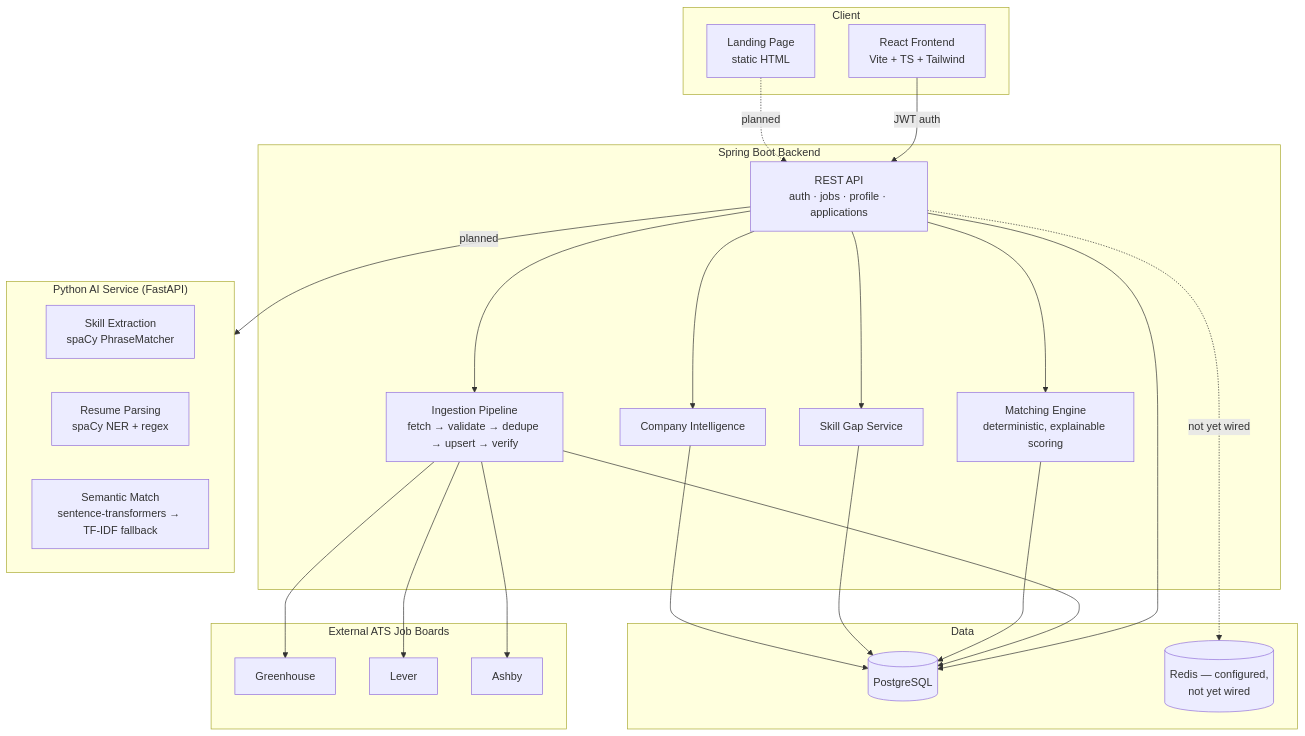
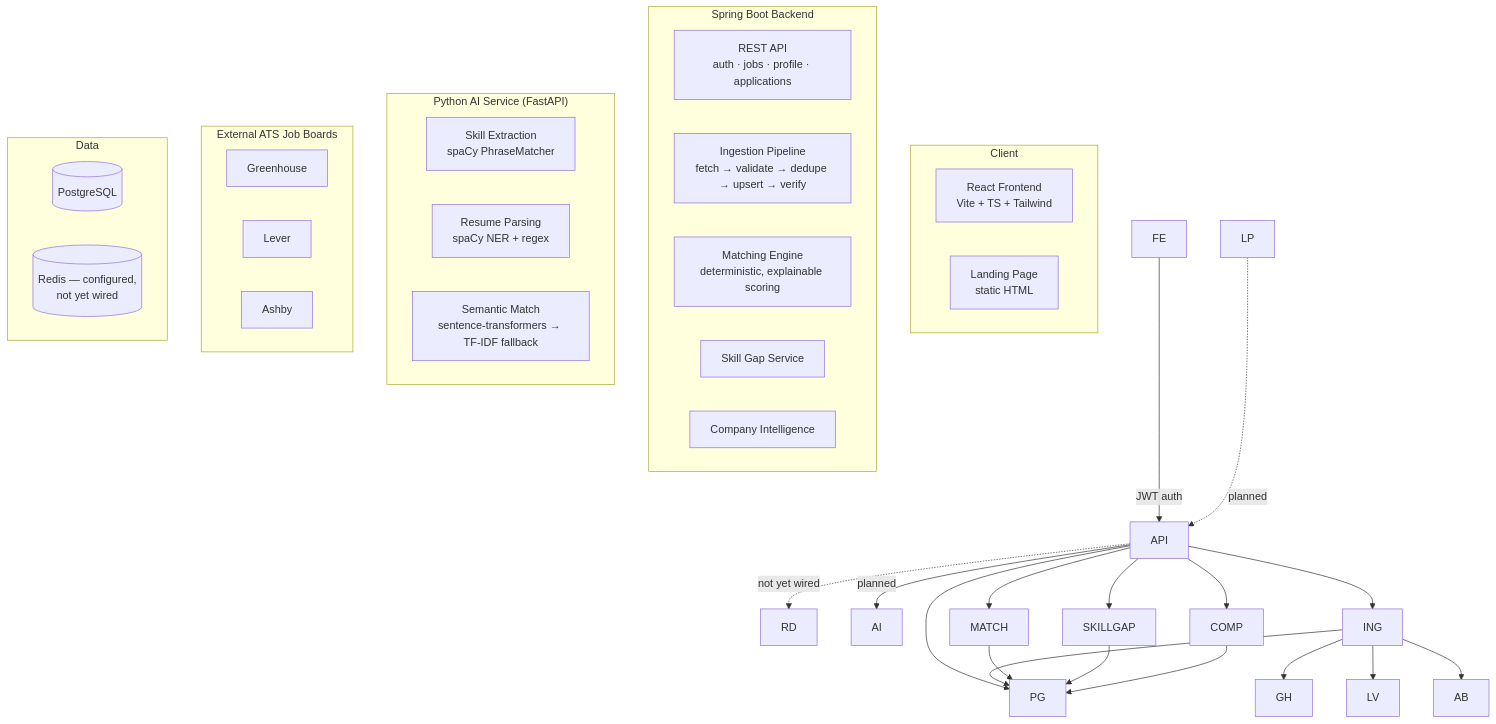
Before and after one commit to sarvesh1587/JobPulse: the first of 2 diagrams in README.md, drawn with Mermaid. The commit also changed other lines of this file and 4 other files, not shown here.

````diff
--- a/README.md
+++ b/README.md
@@ -38,49 +38,49 @@
 ```mermaid
 flowchart TB
     subgraph Client
-        FE[React Frontend<br/>Vite + TS + Tailwind]
-        LP[Landing Page<br/>static HTML]
+        FE\[React Frontend<br/>Vite + TS + Tailwind]
+        LP\[Landing Page<br/>static HTML]
     end
 
-    subgraph Core["Spring Boot Backend"]
-        API[REST API<br/>auth · jobs · profile · applications]
-        ING[Ingestion Pipeline<br/>fetch → validate → dedupe → upsert → verify]
-        MATCH[Matching Engine<br/>deterministic, explainable scoring]
-        SKILLGAP[Skill Gap Service]
-        COMP[Company Intelligence]
+    subgraph Core\["Spring Boot Backend"]
+        API\[REST API<br/>auth · jobs · profile · applications]
+        ING\[Ingestion Pipeline<br/>fetch → validate → dedupe → upsert → verify]
+        MATCH\[Matching Engine<br/>deterministic, explainable scoring]
+        SKILLGAP\[Skill Gap Service]
+        COMP\[Company Intelligence]
     end
 
-    subgraph AI["Python AI Service (FastAPI)"]
-        SKILLS[Skill Extraction<br/>spaCy PhraseMatcher]
-        RESUME[Resume Parsing<br/>spaCy NER + regex]
-        SEMANTIC[Semantic Match<br/>sentence-transformers → TF-IDF fallback]
+    subgraph AI\["Python AI Service (FastAPI)"]
+        SKILLS\[Skill Extraction<br/>spaCy PhraseMatcher]
+        RESUME\[Resume Parsing<br/>spaCy NER + regex]
+        SEMANTIC\[Semantic Match<br/>sentence-transformers → TF-IDF fallback]
     end
 
-    subgraph External["External ATS Job Boards"]
-        GH[Greenhouse]
-        LV[Lever]
-        AB[Ashby]
+    subgraph External\["External ATS Job Boards"]
+        GH\[Greenhouse]
+        LV\[Lever]
+        AB\[Ashby]
     end
 
     subgraph Data
-        PG[(PostgreSQL)]
-        RD[(Redis — configured,<br/>not yet wired)]
+        PG\[(PostgreSQL)]
+        RD\[(Redis — configured,<br/>not yet wired)]
     end
 
     FE -->|JWT auth| API
     LP -.->|planned| API
     API --> PG
     API -.->|not yet wired| RD
     API -->|planned| AI
     ING --> GH
     ING --> LV
     ING --> AB
     ING --> PG
     MATCH --> PG
     SKILLGAP --> PG
     COMP --> PG
     API --> ING
     API --> MATCH
     API --> SKILLGAP
     API --> COMP
 ```
````
